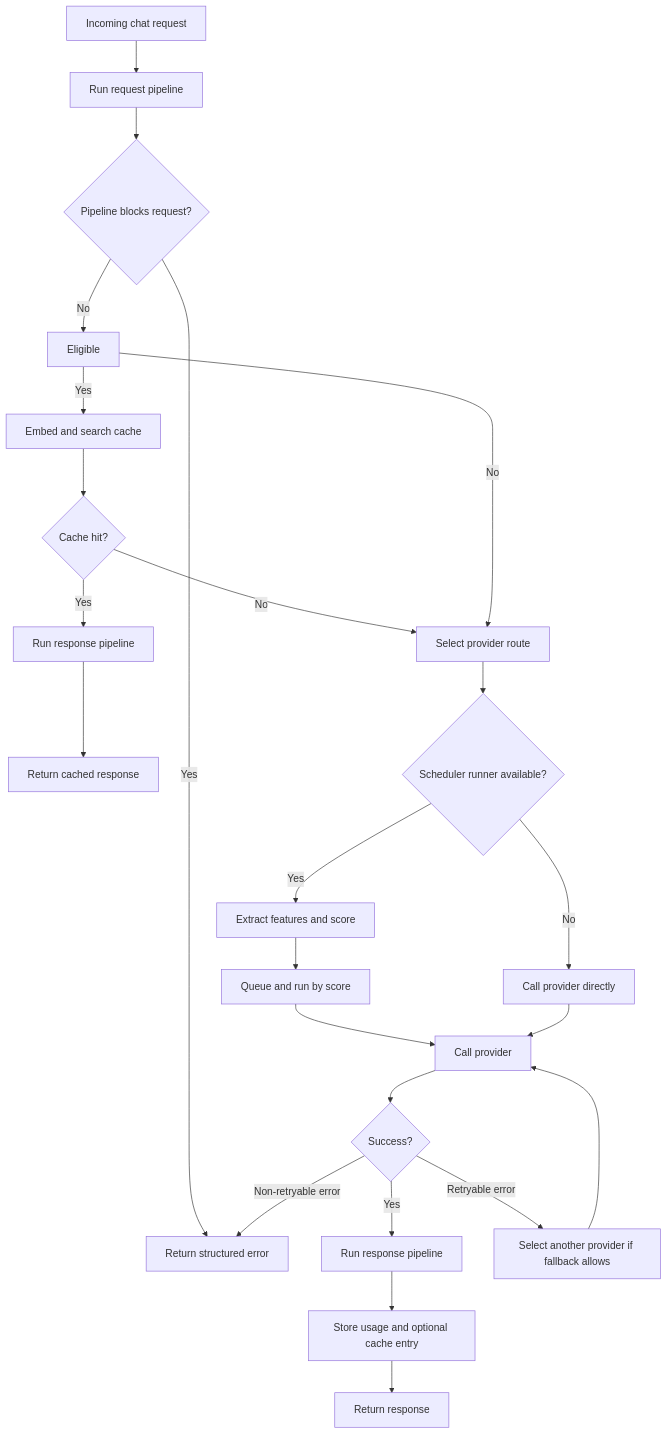
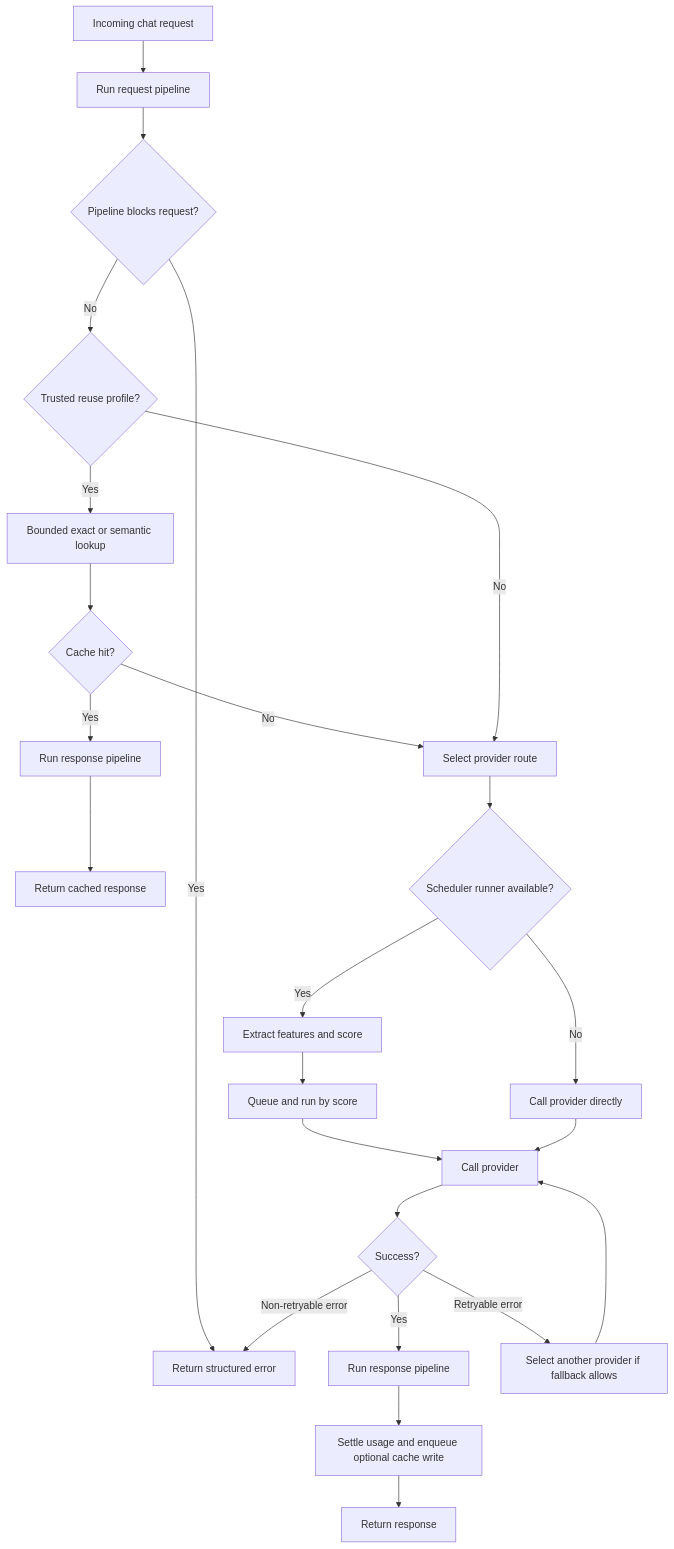
The fourth of 4 diagrams in docs/llm-latency-optimization.md (zardonc/VeloxMesh), drawn with Mermaid before and after one commit. The commit also changed other lines of this file and 24 other files, not shown here.

````diff
--- a/docs/llm-latency-optimization.md
+++ b/docs/llm-latency-optimization.md
@@ -259,28 +266,28 @@
 ```mermaid
 flowchart TD
     Start["Incoming chat request"] --> PipeIn["Run request pipeline"]
     PipeIn --> PipeBlock{"Pipeline blocks request?"}
     PipeBlock -->|Yes| Error["Return structured error"]
     PipeBlock -->|No| Eligible
-    Eligible -->|Yes| Lookup["Embed and search cache"]
+    Eligible{"Trusted reuse profile?"} -->|Yes| Lookup["Bounded exact or semantic lookup"]
     Lookup --> Hit{"Cache hit?"}
     Hit -->|Yes| PipeCached["Run response pipeline"]
     PipeCached --> Cached["Return cached response"]
     Hit -->|No| Route["Select provider route"]
     Eligible -->|No| Route
 
     Route --> Scheduled{"Scheduler runner available?"}
     Scheduled -->|Yes| Features["Extract features and score"]
     Features --> Queue["Queue and run by score"]
     Scheduled -->|No| Direct["Call provider directly"]
     Queue --> Call["Call provider"]
     Direct --> Call
 
     Call --> OK{"Success?"}
     OK -->|Yes| PipeOut["Run response pipeline"]
-    PipeOut --> Store["Store usage and optional cache entry"]
+    PipeOut --> Store["Settle usage and enqueue optional cache write"]
     Store --> Response["Return response"]
     OK -->|Retryable error| Failover["Select another provider if fallback allows"]
     Failover --> Call
     OK -->|Non-retryable error| Error["Return structured error"]
 ```
````
